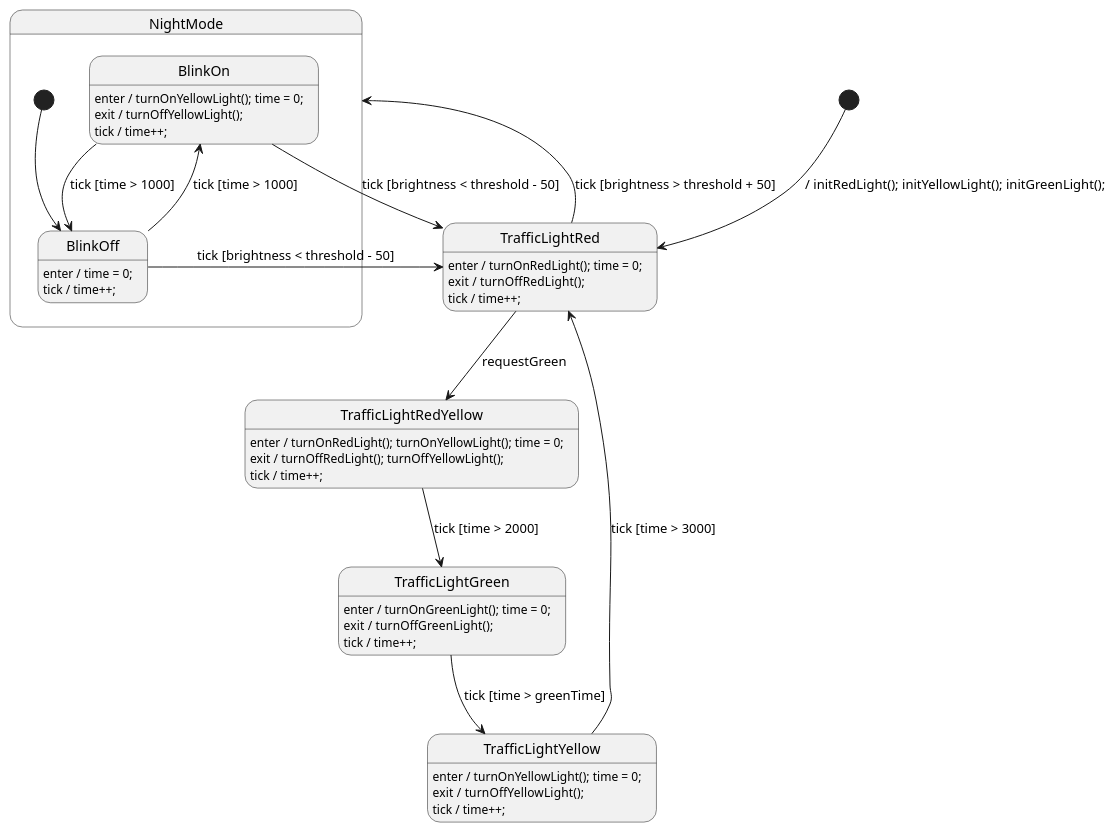
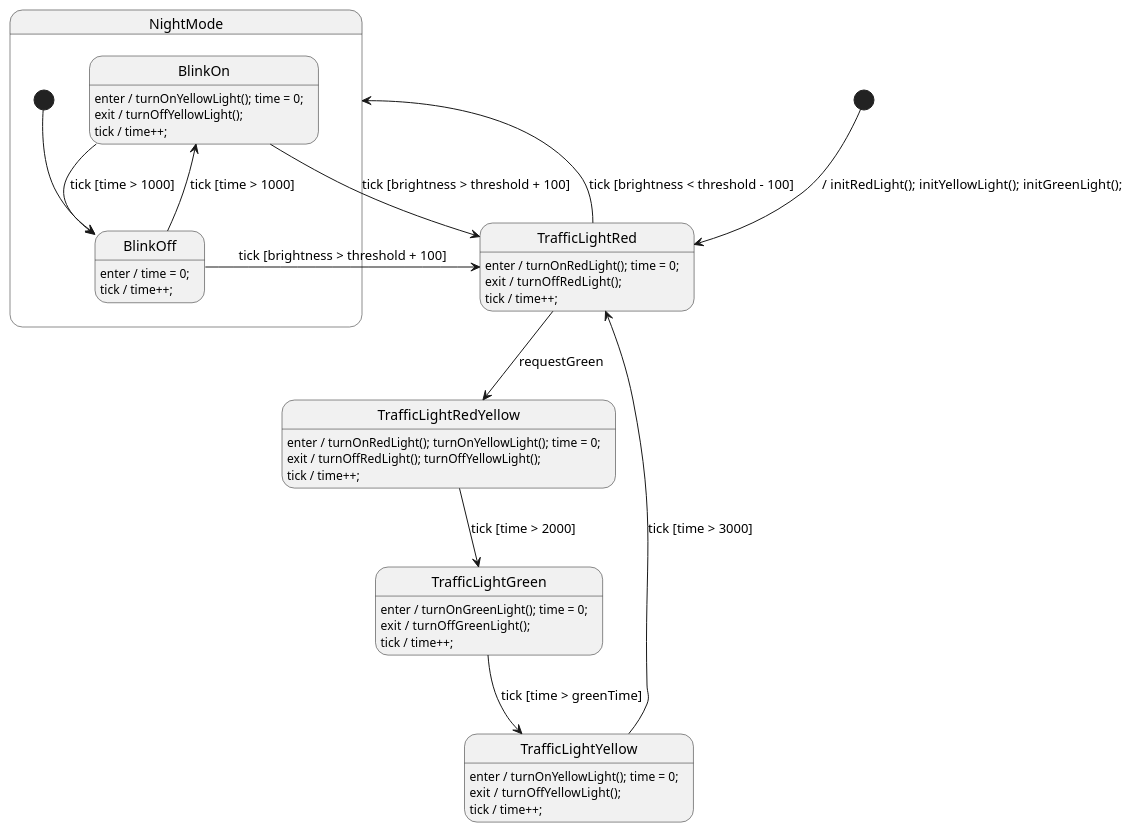
Before and after one commit to valentin-haub/esp32-traffic-light-management-system: the diagram in State_machine/TrafficLight.plantuml, drawn with PlantUML.

Commit message:
StateMachine: Logik in Guards für Helligkeit rumgedreht und Hysterese verdoppelt

```diff
--- a/State_machine/TrafficLight.plantuml
+++ b/State_machine/TrafficLight.plantuml
@@ -1,94 +1,94 @@
 @startuml TrafficLight
 
 ' //////////////////////// STATE ORGANIZATION ///////////////////////
 ' Note: StateSmith treats state names and events as case insensitive.
 ' More info: https://github.com/StateSmith/StateSmith/wiki/PlantUML
 
 state TrafficLightRed
 state TrafficLightRedYellow
 state TrafficLightGreen
 state TrafficLightYellow
 
 state NightMode {
     state BlinkOn
     state BlinkOff
 
     [*] --> BlinkOff
 
     ' BlinkOff
     BlinkOff: enter / time = 0;
     BlinkOff: tick / time++;
     BlinkOff --> BlinkOn : tick [time > 1000]
-    BlinkOff --> TrafficLightRed : tick [brightness < threshold - 50]
+    BlinkOff --> TrafficLightRed : tick [brightness > threshold + 100]
 
     ' BlinkOn
     BlinkOn: enter / turnOnYellowLight(); time = 0;
     BlinkOn: exit / turnOffYellowLight();
     BlinkOn: tick / time++;
     BlinkOn --> BlinkOff : tick [time > 1000]
-    BlinkOn --> TrafficLightRed : tick [brightness < threshold - 50]
+    BlinkOn --> TrafficLightRed : tick [brightness > threshold + 100]
 }
 
 
 ' ///////////////////////// STATE HANDLERS /////////////////////////
 ' Syntax: https://github.com/StateSmith/StateSmith/wiki/Behaviors
 
 [*] --> TrafficLightRed : / initRedLight(); initYellowLight(); initGreenLight();
 
 ' TrafficLightRed
 TrafficLightRed: enter / turnOnRedLight(); time = 0;
 TrafficLightRed: exit  / turnOffRedLight();
 TrafficLightRed: tick / time++;
 TrafficLightRed --> TrafficLightRedYellow : requestGreen
-TrafficLightRed --> NightMode : tick [brightness > threshold + 50]
+TrafficLightRed --> NightMode : tick [brightness < threshold - 100]
 
 ' TrafficLightRedYellow
 TrafficLightRedYellow: enter / turnOnRedLight(); turnOnYellowLight(); time = 0;
 TrafficLightRedYellow: exit / turnOffRedLight(); turnOffYellowLight();
 TrafficLightRedYellow: tick / time++;
 TrafficLightRedYellow --> TrafficLightGreen : tick [time > 2000]
 
 ' TrafficLightGreen
 TrafficLightGreen: enter / turnOnGreenLight(); time = 0;
 TrafficLightGreen: exit  / turnOffGreenLight();
 TrafficLightGreen: tick / time++;
 TrafficLightGreen --> TrafficLightYellow : tick [time > greenTime]
 
 ' TrafficLightYellow
 TrafficLightYellow: enter / turnOnYellowLight(); time = 0;
 TrafficLightYellow: exit  / turnOffYellowLight();
 TrafficLightYellow: tick / time++;
 TrafficLightYellow --> TrafficLightRed : tick [time > 3000]
 
 
 
 ' //////////////////////// StateSmith config ////////////////////////
 ' The below special comment block sets the StateSmith configuration.
 ' More info: https://github.com/StateSmith/StateSmith/issues/335
 
 /'! $CONFIG : toml
 
 [RenderConfig]
 FileTop = """
     """
 AutoExpandedVars = """
     uint16_t time;
     uint16_t greenTime;
     uint16_t darkness;
     uint16_t threshold;
     """
 
 [RenderConfig.C]
 CFileExtension = ".cpp"
 HFileExtension = ".hpp"
 HFileIncludes = """
     #include <stdint.h> // for time var
     """
 CFileIncludes = """
     #include "driver.hpp"
     """
 
 [SmRunnerSettings]
 transpilerId = "C99"
 '/
 @enduml
```
